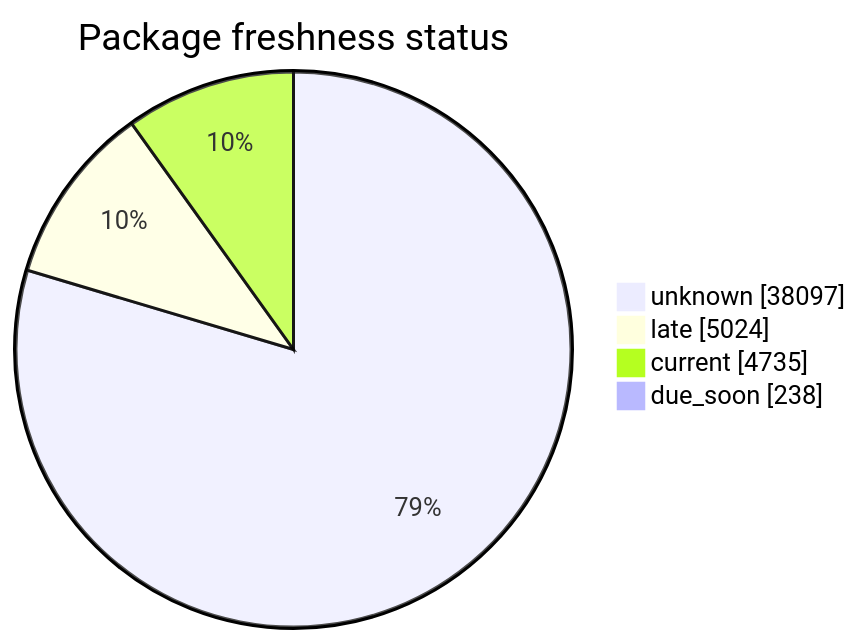
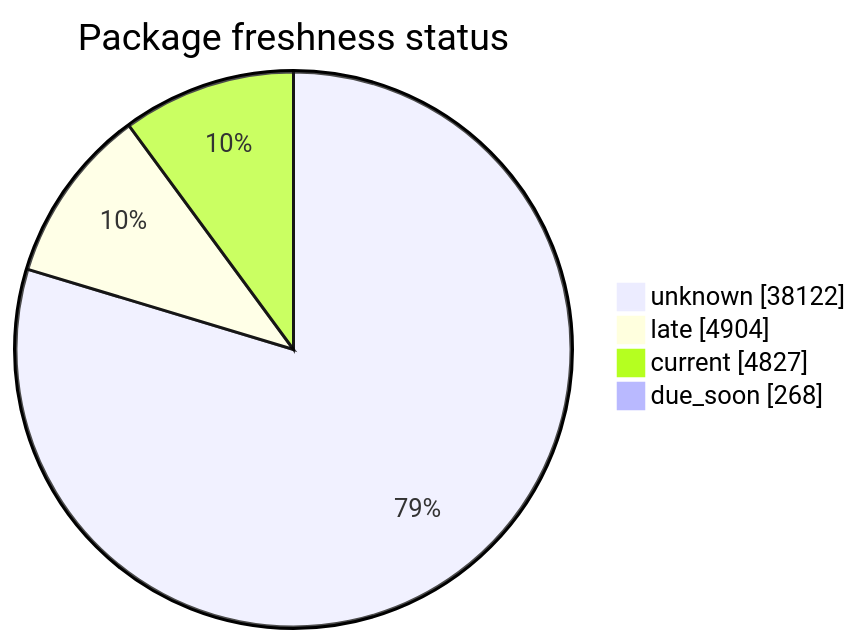
One commit to open-data/analytics-corporate-reporting changed the second of 5 diagrams in FreshCheck/README.md. Above: the diagram before and after it, drawn with Mermaid. The commit also changed other lines of this file and 3 other files, not shown here.

````diff
--- a/FreshCheck/README.md
+++ b/FreshCheck/README.md
@@ -68,7 +68,7 @@
 ```mermaid
 pie showData title Package freshness status
-    "unknown": 38097
-    "late": 5024
-    "current": 4735
-    "due_soon": 238
+    "unknown": 38122
+    "late": 4904
+    "current": 4827
+    "due_soon": 268
 ```
````
